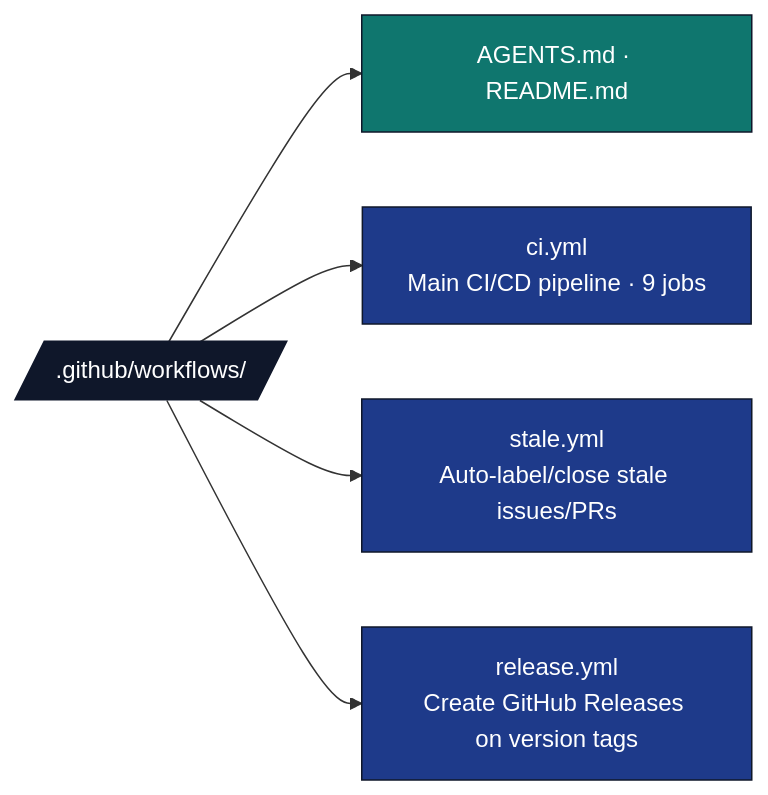
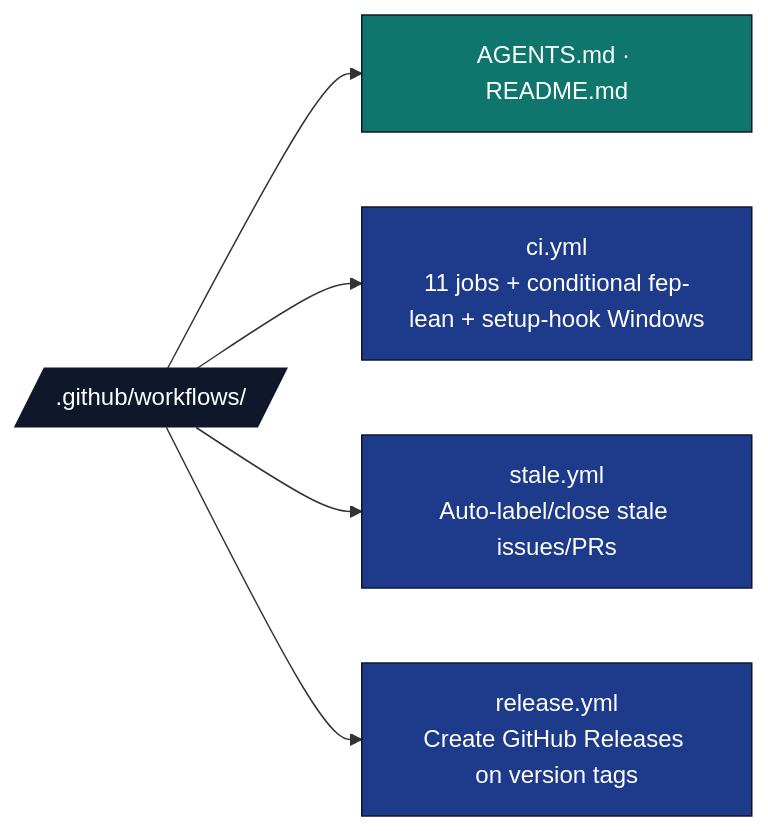
The first of 2 diagrams in .github/workflows/AGENTS.md (docxology/template), drawn with Mermaid before and after one commit. The commit also changed other lines of this file and 164 other files, not shown here.

````diff
--- a/.github/workflows/AGENTS.md
+++ b/.github/workflows/AGENTS.md
@@ -9,15 +9,15 @@
 ```mermaid
 flowchart LR
     W[/.github/workflows//]
     W --> META[AGENTS.md · README.md]
-    W --> CI[ci.yml<br/>Main CI/CD pipeline · 9 jobs]
+    W --> CI[ci.yml<br/>11 jobs + conditional fep-lean + setup-hook Windows]
     W --> STALE[stale.yml<br/>Auto-label/close stale issues/PRs]
     W --> REL[release.yml<br/>Create GitHub Releases on version tags]
 
     classDef d fill:#0f172a,stroke:#0f172a,color:#fff
     classDef code fill:#1e3a8a,stroke:#0f172a,color:#fff
     classDef doc fill:#0f766e,stroke:#0f172a,color:#fff
     class W d
     class CI,STALE,REL code
     class META doc
 ```
````
